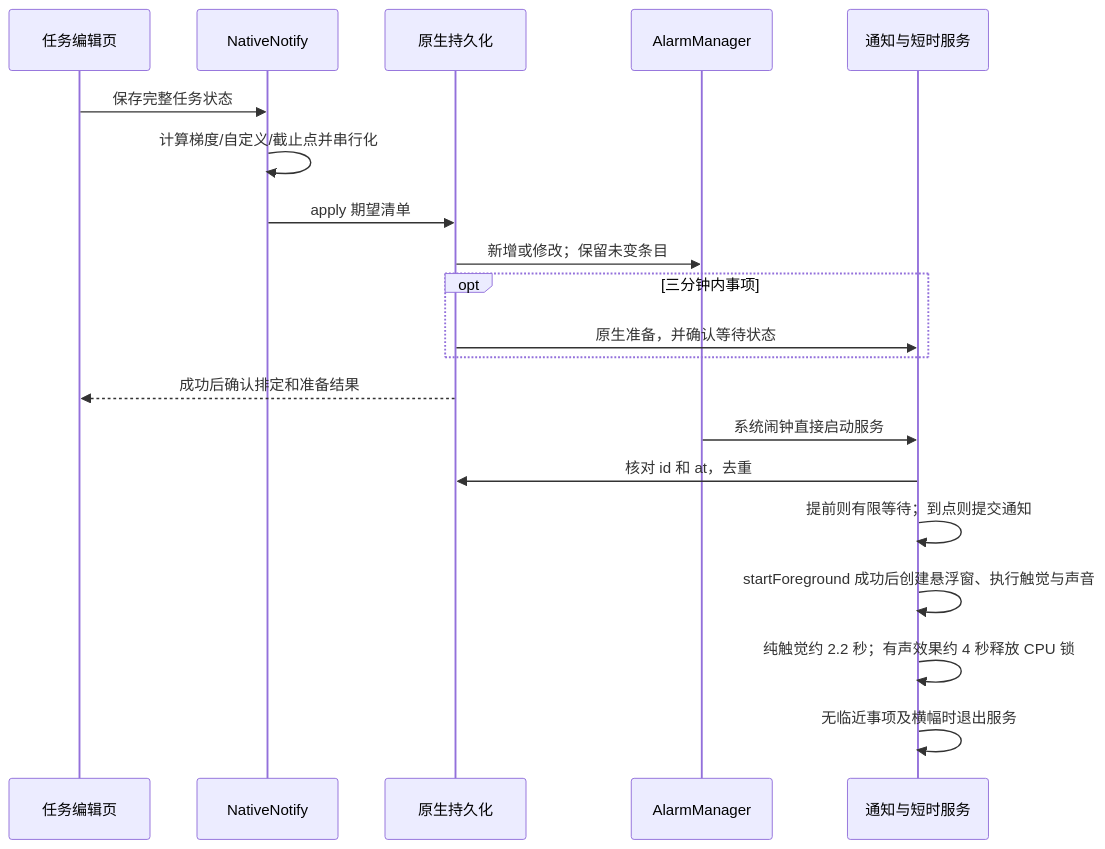
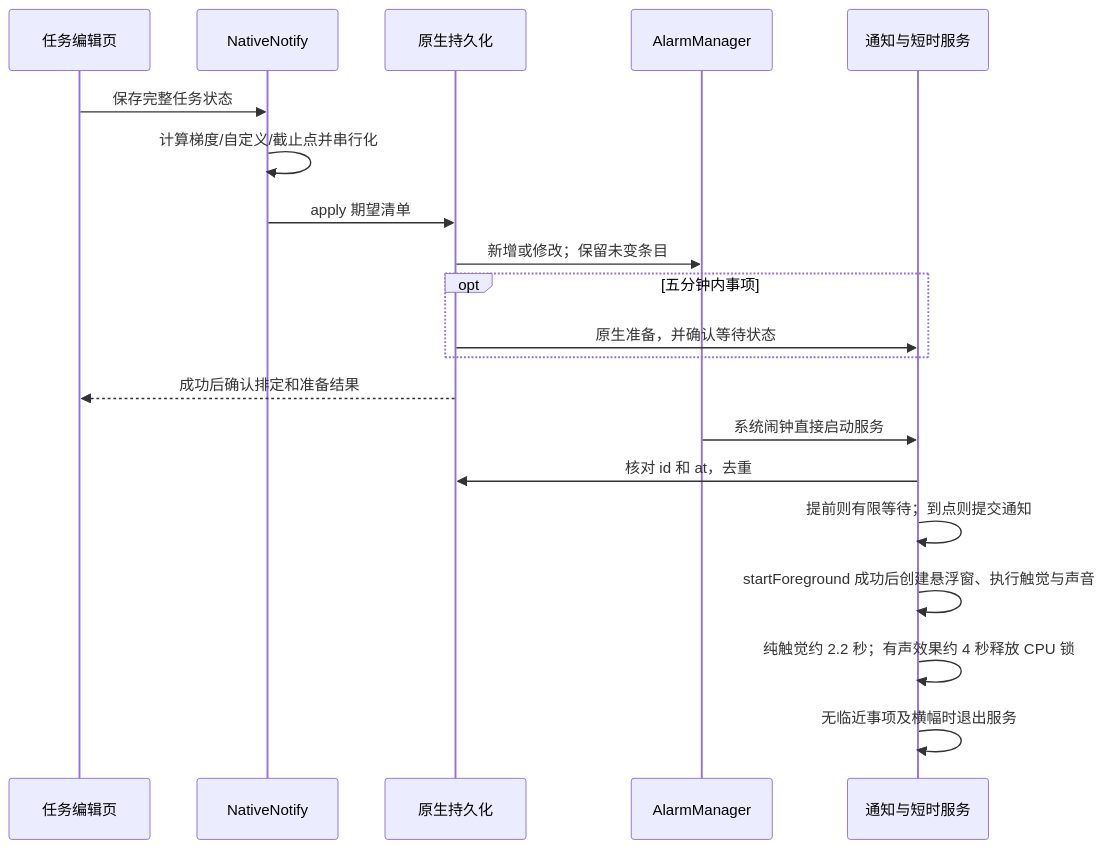
The diagram in docs/ARCHITECTURE.md (lhw366/ddl-radar-app), drawn with Mermaid before and after one commit. The commit also changed other lines of this file and 8 other files, not shown here.

````diff
--- a/docs/ARCHITECTURE.md
+++ b/docs/ARCHITECTURE.md
@@ -7,22 +7,22 @@
 ```mermaid
 sequenceDiagram
   participant UI as 任务编辑页
   participant JS as NativeNotify
   participant DB as 原生持久化
   participant AM as AlarmManager
   participant FX as 通知与短时服务
   UI->>JS: 保存完整任务状态
   JS->>JS: 计算梯度/自定义/截止点并串行化
   JS->>DB: apply 期望清单
   DB->>AM: 新增或修改；保留未变条目
-  opt 三分钟内事项
+  opt 五分钟内事项
     DB->>FX: 原生准备，并确认等待状态
   end
   DB-->>UI: 成功后确认排定和准备结果
   AM->>FX: 系统闹钟直接启动服务
   FX->>DB: 核对 id 和 at，去重
   FX->>FX: 提前则有限等待；到点则提交通知
   FX->>FX: startForeground 成功后创建悬浮窗、执行触觉与声音
   FX->>FX: 纯触觉约 2.2 秒；有声效果约 4 秒释放 CPU 锁
   FX->>FX: 无临近事项及横幅时退出服务
 ```
````
